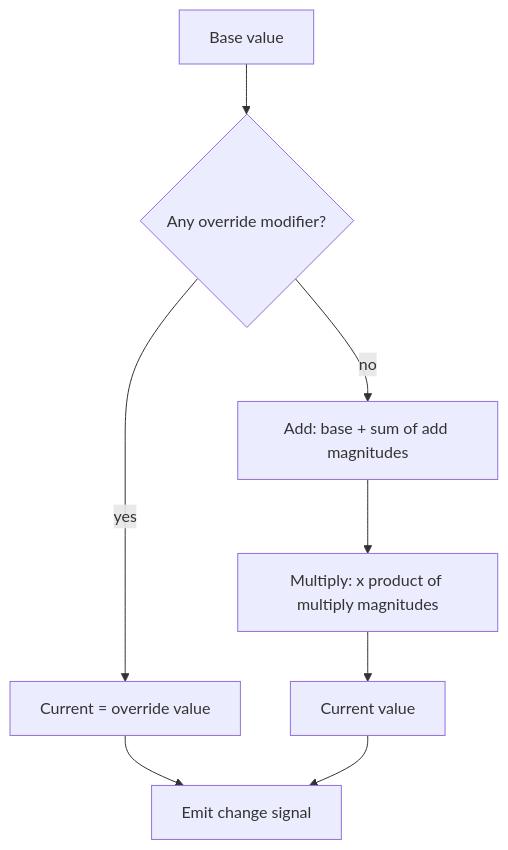
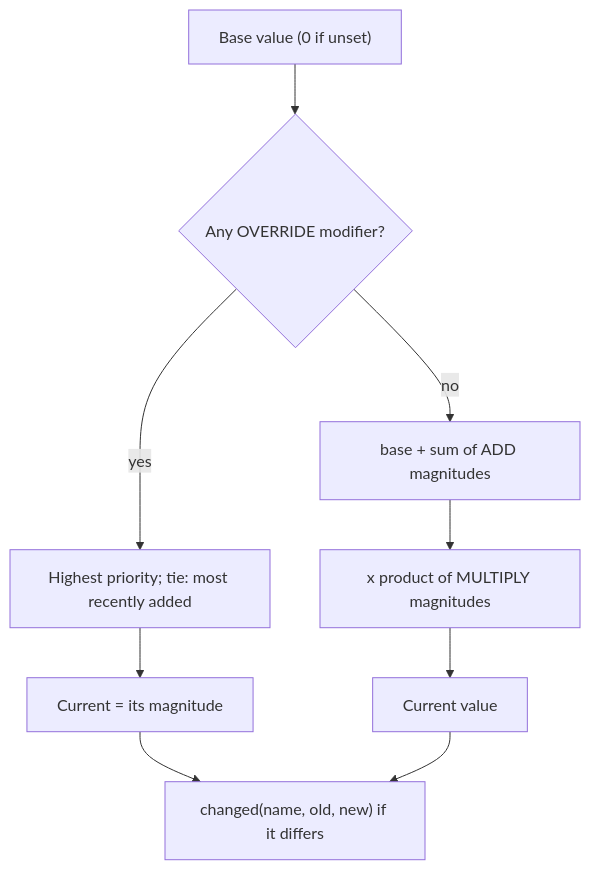
One commit to matts2cant/im-sim-proto changed the diagram in design/game/attributes-and-tags.md. Above: the diagram before and after it, drawn with Mermaid. The commit also changed other lines of this file and 94 other files, not shown here.

````diff
--- a/design/game/attributes-and-tags.md
+++ b/design/game/attributes-and-tags.md
@@ -20,10 +36,11 @@
 ```mermaid
 flowchart TD
-    B["Base value"] --> O{"Any override modifier?"}
-    O -->|yes| R["Current = override value"]
-    O -->|no| A["Add: base + sum of add magnitudes"]
-    A --> M["Multiply: x product of multiply magnitudes"]
+    B["Base value (0 if unset)"] --> O{"Any OVERRIDE modifier?"}
+    O -->|yes| P["Highest priority; tie: most recently added"]
+    P --> R["Current = its magnitude"]
+    O -->|no| A["base + sum of ADD magnitudes"]
+    A --> M["x product of MULTIPLY magnitudes"]
     M --> R2["Current value"]
-    R --> S["Emit change signal"]
+    R --> S["changed(name, old, new) if it differs"]
     R2 --> S
 ```
````
